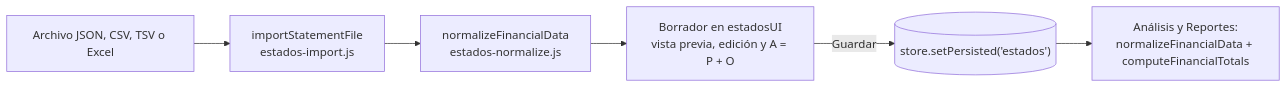
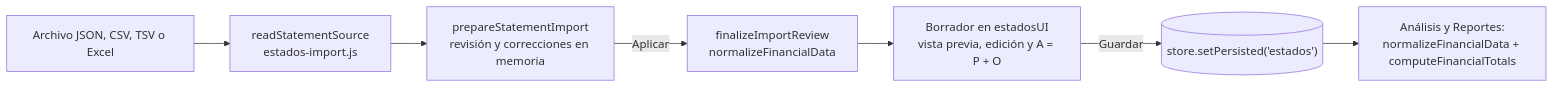
Before and after one commit to cryaut/GFO_Project: the diagram in docs/contexto/arquitectura.md, drawn with Mermaid. The commit also changed other lines of this file and 30 other files, not shown here.

Commit message:
feat: organiza estados e incorpora importación con revisión

````diff
--- a/docs/contexto/arquitectura.md
+++ b/docs/contexto/arquitectura.md
@@ -92,8 +92,9 @@
 ```mermaid
 flowchart LR
-    A["Archivo JSON, CSV, TSV o Excel"] --> B["importStatementFile<br/>estados-import.js"]
-    B --> C["normalizeFinancialData<br/>estados-normalize.js"]
+    A["Archivo JSON, CSV, TSV o Excel"] --> B["readStatementSource<br/>estados-import.js"]
+    B --> R["prepareStatementImport<br/>revisión y correcciones en memoria"]
+    R -->|Aplicar| C["finalizeImportReview<br/>normalizeFinancialData"]
     C --> D["Borrador en estadosUI<br/>vista previa, edición y A = P + O"]
     D -->|Guardar| E[("store.setPersisted('estados')")]
     E --> F["Análisis y Reportes:<br/>normalizeFinancialData + computeFinancialTotals"]
 ```
````
